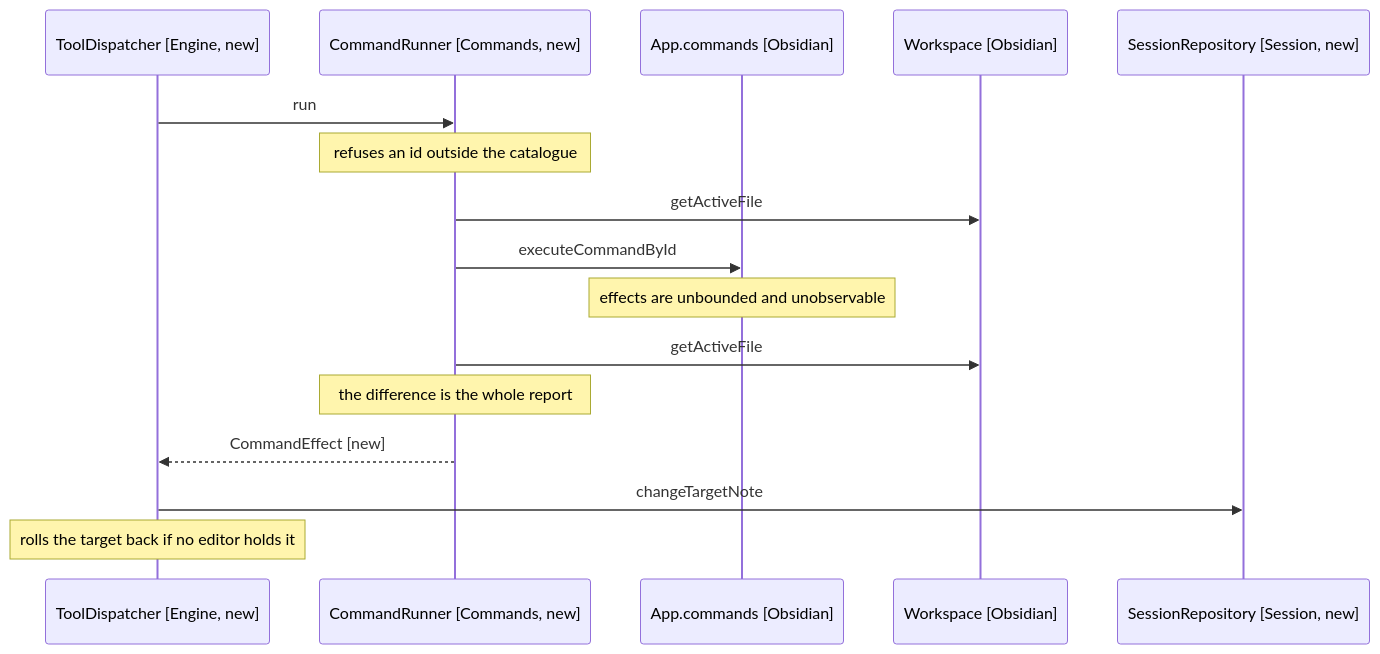
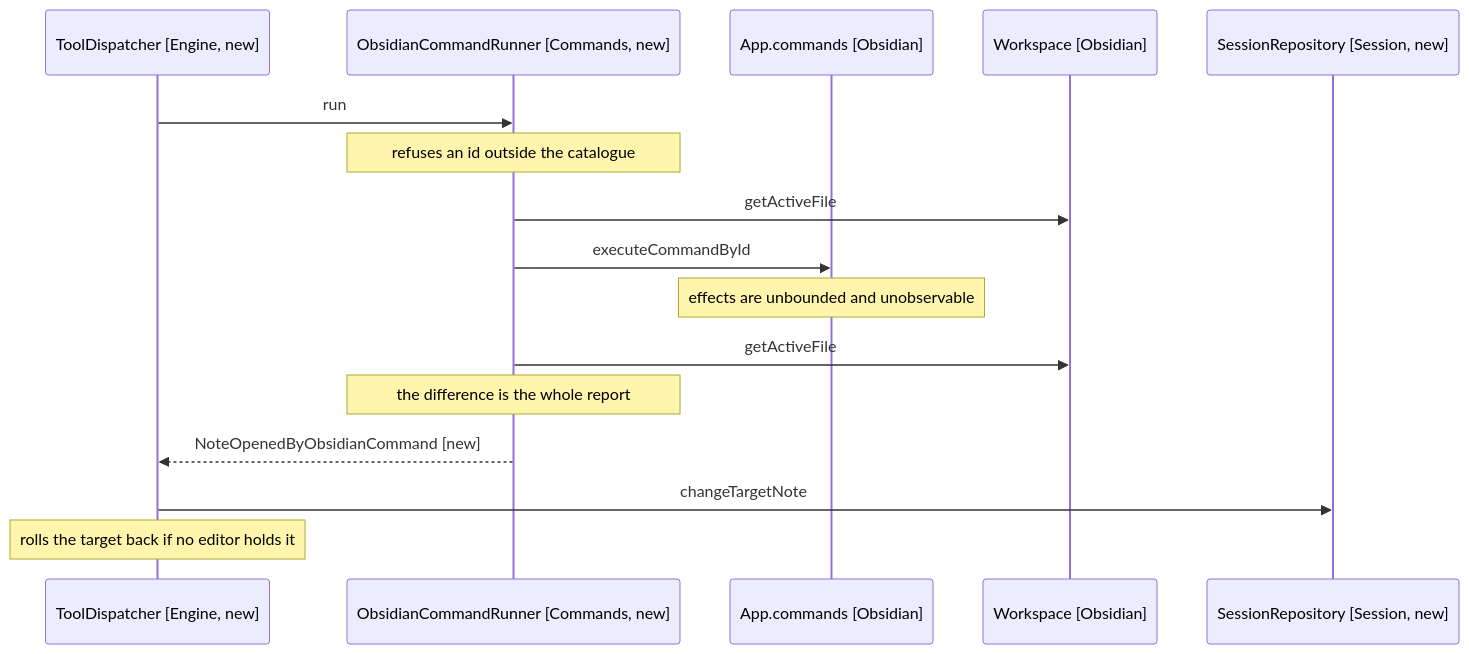
The second of 3 diagrams in docs/spec/4-harness-mvp/06-commands-and-rebinding.md (iparips/obsidian-owl), drawn with Mermaid before and after one commit. The commit also changed other lines of this file and 71 other files, not shown here.

````diff
--- a/docs/spec/4-harness-mvp/06-commands-and-rebinding.md
+++ b/docs/spec/4-harness-mvp/06-commands-and-rebinding.md
@@ -61,19 +61,19 @@
 ```mermaid
 sequenceDiagram
     participant Dispatcher as ToolDispatcher [Engine, new]
-    participant Runner as CommandRunner [Commands, new]
+    participant Runner as ObsidianCommandRunner [Commands, new]
     participant App as App.commands [Obsidian]
     participant Workspace as Workspace [Obsidian]
     participant Sessions as SessionRepository [Session, new]
 
     Dispatcher->>Runner: run
     Note over Runner: refuses an id outside the catalogue
     Runner->>Workspace: getActiveFile
     Runner->>App: executeCommandById
     Note over App: effects are unbounded and unobservable
     Runner->>Workspace: getActiveFile
     Note over Runner: the difference is the whole report
-    Runner-->>Dispatcher: CommandEffect [new]
+    Runner-->>Dispatcher: NoteOpenedByObsidianCommand [new]
     Dispatcher->>Sessions: changeTargetNote
     Note over Dispatcher: rolls the target back if no editor holds it
 ```
````
